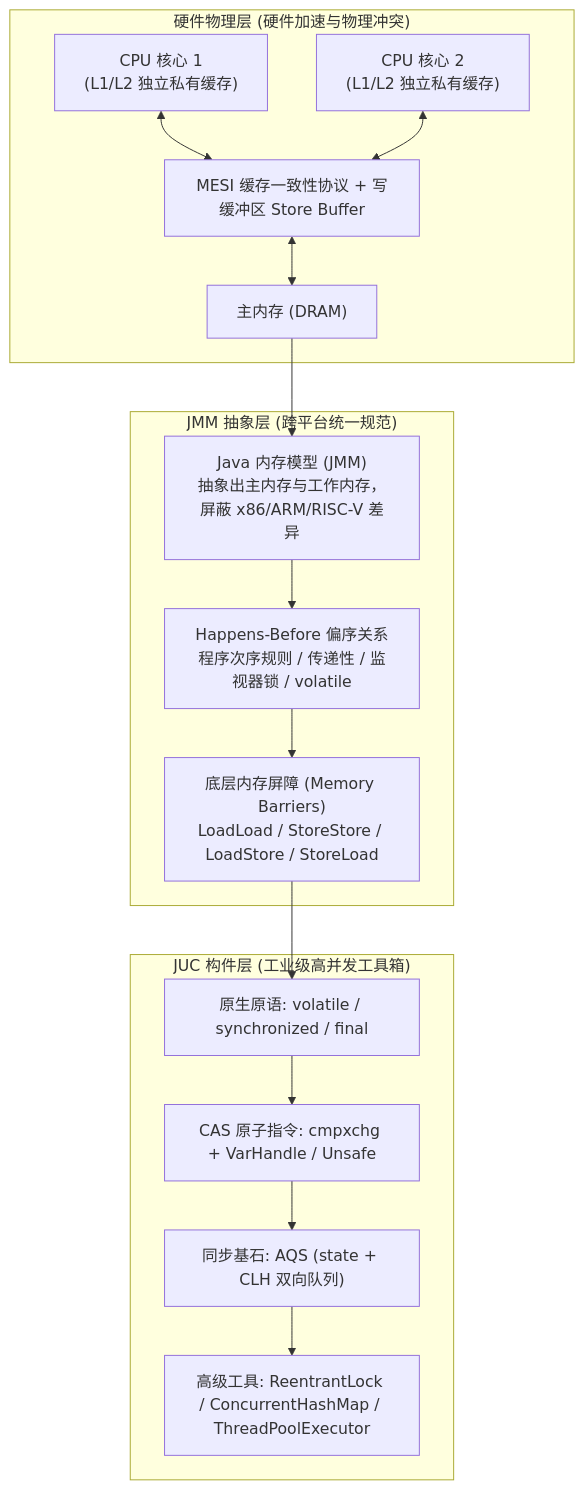
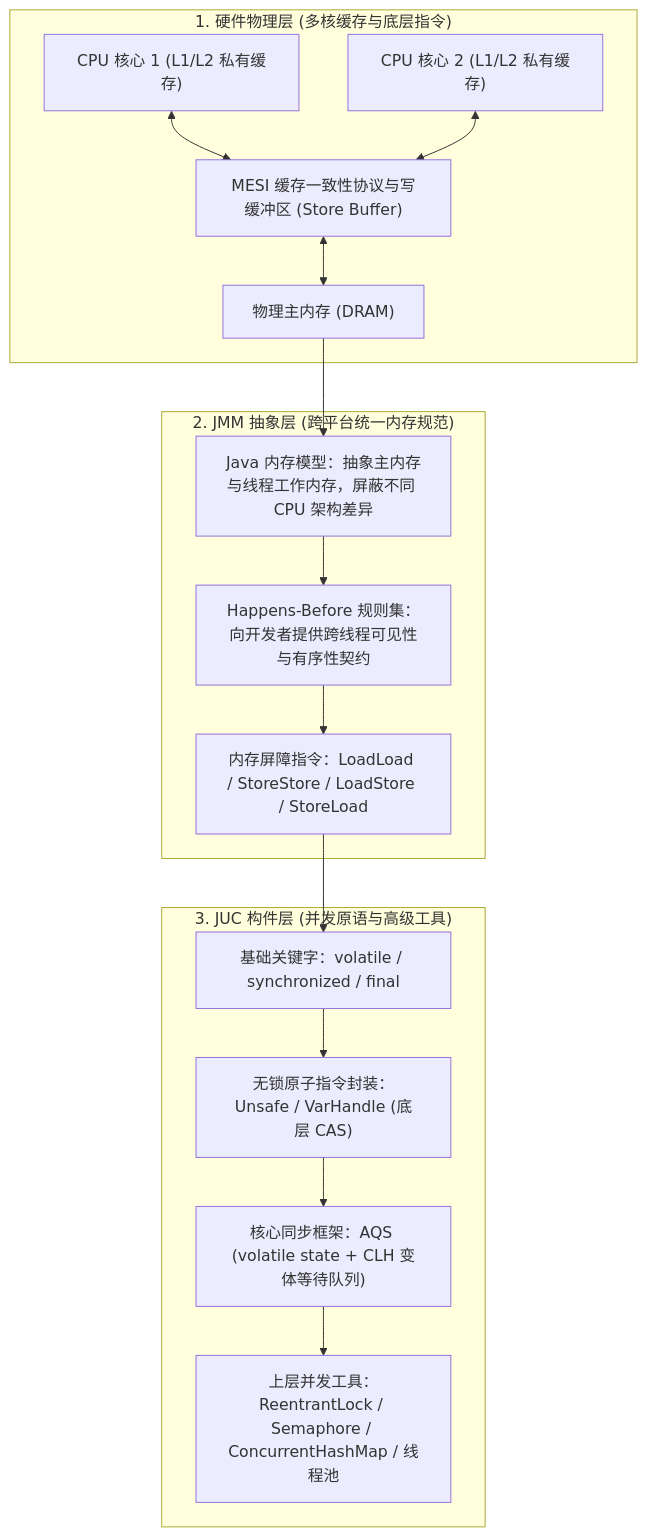
The first of 2 diagrams in 20-Java后端/10-知识串联与专题/01-JMM到JUC并发工具的完整链路.md (GuoWWWX/knowledge-base), drawn with Mermaid before and after one commit. The commit also changed other lines of this file and 251 other files, not shown here.

````diff
--- a/20-Java后端/10-知识串联与专题/01-JMM到JUC并发工具的完整链路.md
+++ b/20-Java后端/10-知识串联与专题/01-JMM到JUC并发工具的完整链路.md
@@ -32,29 +36,29 @@
 ```mermaid
-graph TD
-    subgraph "硬件物理层 (硬件加速与物理冲突)"
-        CPUA["CPU 核心 1<br/>(L1/L2 独立私有缓存)"] <--> CacheCoherence["MESI 缓存一致性协议 + 写缓冲区 Store Buffer"]
-        CPUB["CPU 核心 2<br/>(L1/L2 独立私有缓存)"] <--> CacheCoherence
-        CacheCoherence <--> MainMemory["主内存 (DRAM)"]
+flowchart TD
+    subgraph HardwareLayer["1. 硬件物理层 (多核缓存与底层指令)"]
+        CPUA["CPU 核心 1 (L1/L2 私有缓存)"] <--> CacheCoherence["MESI 缓存一致性协议与写缓冲区 (Store Buffer)"]
+        CPUB["CPU 核心 2 (L1/L2 私有缓存)"] <--> CacheCoherence
+        CacheCoherence <--> MainMemory["物理主内存 (DRAM)"]
     end
 
-    subgraph "JMM 抽象层 (跨平台统一规范)"
-        JMM["Java 内存模型 (JMM)<br/>抽象出主内存与工作内存，屏蔽 x86/ARM/RISC-V 差异"]
-        HB["Happens-Before 偏序关系<br/>程序次序规则 / 传递性 / 监视器锁 / volatile"]
-        Barriers["底层内存屏障 (Memory Barriers)<br/>LoadLoad / StoreStore / LoadStore / StoreLoad"]
+    subgraph JMMLayer["2. JMM 抽象层 (跨平台统一内存规范)"]
+        JMM["Java 内存模型：抽象主内存与线程工作内存，屏蔽不同 CPU 架构差异"]
+        HB["Happens-Before 规则集：向开发者提供跨线程可见性与有序性契约"]
+        Barriers["内存屏障指令：LoadLoad / StoreStore / LoadStore / StoreLoad"]
     end
 
-    subgraph "JUC 构件层 (工业级高并发工具箱)"
-        Primitives["原生原语: volatile / synchronized / final"]
-        UnsafePkg["CAS 原子指令: cmpxchg + VarHandle / Unsafe"]
-        AQSEngine["同步基石: AQS (state + CLH 双向队列)"]
-        HighLevel["高级工具: ReentrantLock / ConcurrentHashMap / ThreadPoolExecutor"]
+    subgraph JUCLayer["3. JUC 构件层 (并发原语与高级工具)"]
+        Primitives["基础关键字：volatile / synchronized / final"]
+        UnsafePkg["无锁原子指令封装：Unsafe / VarHandle (底层 CAS)"]
+        AQSEngine["核心同步框架：AQS (volatile state + CLH 变体等待队列)"]
+        HighLevel["上层并发工具：ReentrantLock / Semaphore / ConcurrentHashMap / 线程池"]
     end
 
     MainMemory --> JMM
     JMM --> HB
     HB --> Barriers
     Barriers --> Primitives
     Primitives --> UnsafePkg
     UnsafePkg --> AQSEngine
     AQSEngine --> HighLevel
 ```
````
